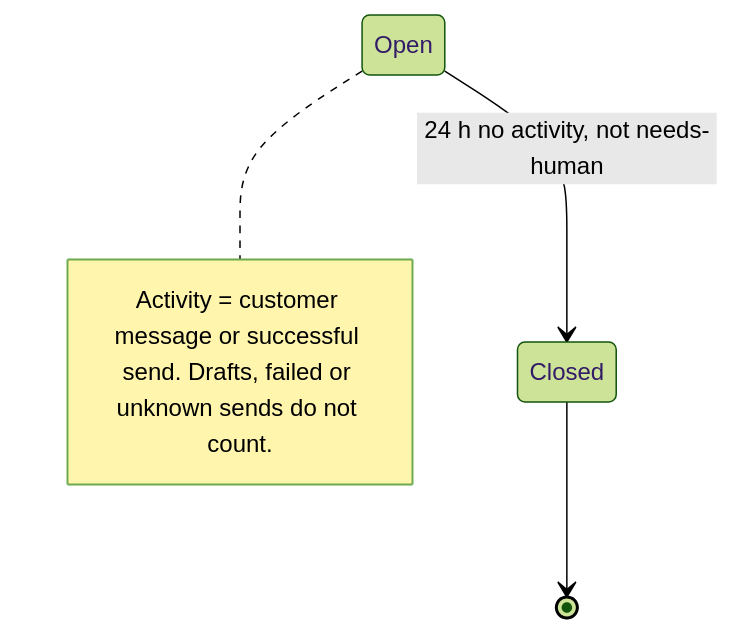
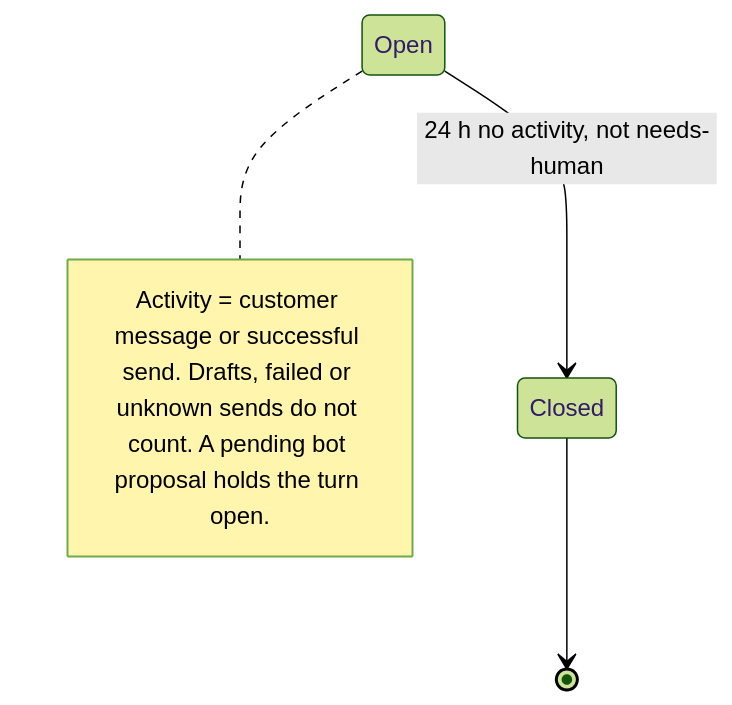
One commit to TruongHoang2004/Hexta changed the third of 3 diagrams in docs/specs/prd/mvp-5-bot-replies.md. Above: the diagram before and after it, drawn with Mermaid (forest theme). The commit also changed other lines of this file and 1 other file, not shown here.

````diff
--- a/docs/specs/prd/mvp-5-bot-replies.md
+++ b/docs/specs/prd/mvp-5-bot-replies.md
@@ -83,6 +89,6 @@
 ```mermaid
 stateDiagram-v2
   Open --> Closed: 24 h no activity, not needs-human
   Closed --> [*]
-  note right of Open: Activity = customer message or successful send. Drafts, failed or unknown sends do not count.
+  note right of Open: Activity = customer message or successful send. Drafts, failed or unknown sends do not count. A pending bot proposal holds the turn open.
 ```
````
